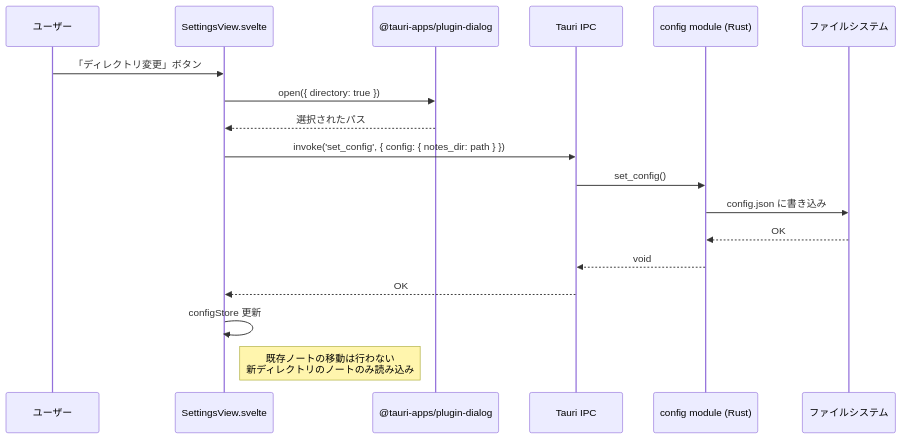
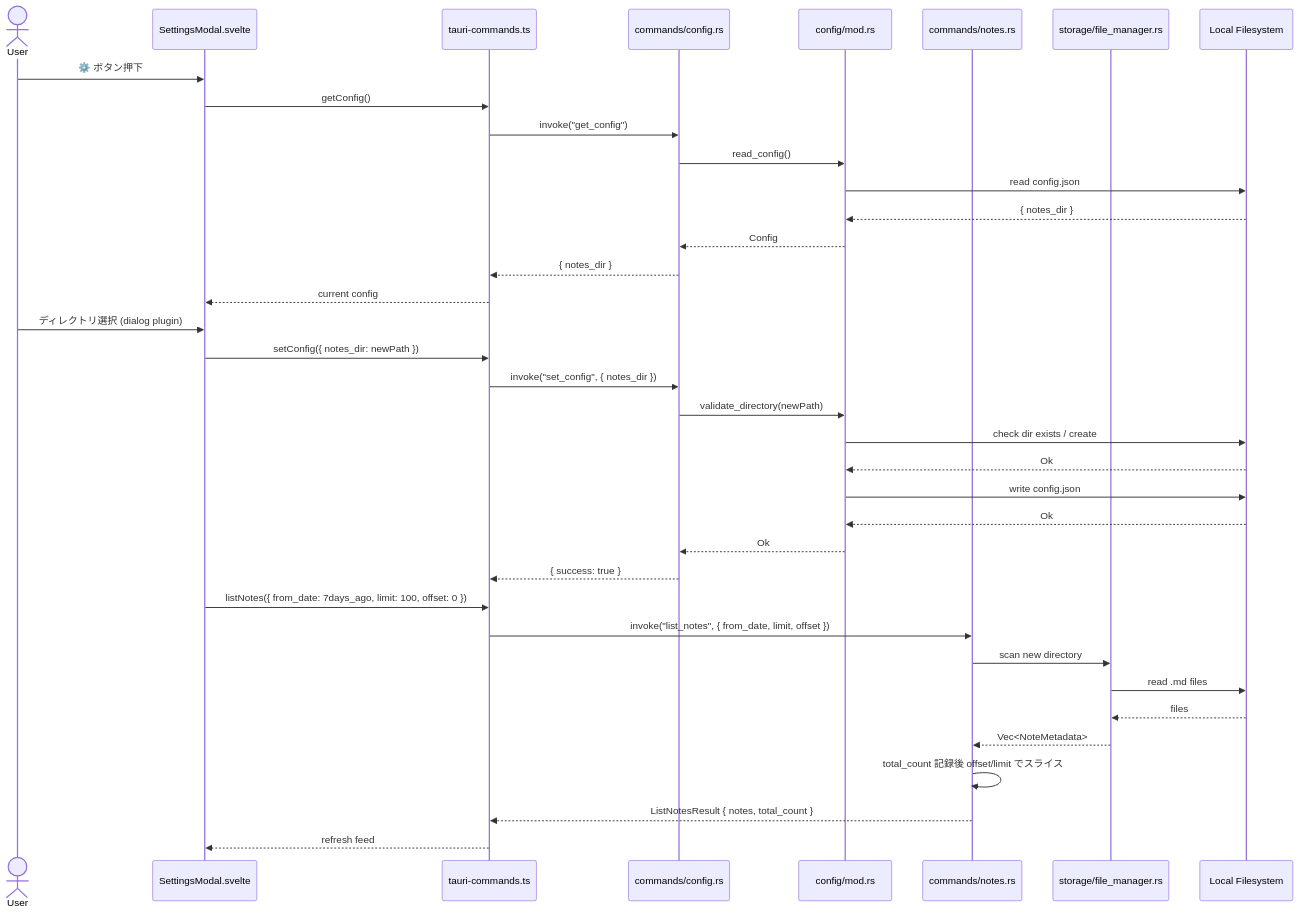
The fourth of 4 diagrams in docs/detailed_design/component_architecture.md (dev-komenzar/prompt-notes), drawn with Mermaid before and after one commit. The commit also changed other lines of this file and 12 other files, not shown here.

````diff
--- a/docs/detailed_design/component_architecture.md
+++ b/docs/detailed_design/component_architecture.md
@@ -174,21 +252,42 @@
 ```mermaid
 sequenceDiagram
-    participant User as ユーザー
-    participant Settings as SettingsView.svelte
-    participant Dialog as @tauri-apps/plugin-dialog
-    participant IPC as Tauri IPC
-    participant Config as config module (Rust)
-    participant FS as ファイルシステム
+    actor User
+    participant SM as SettingsModal.svelte
+    participant TC as tauri-commands.ts
+    participant CmdConfig as commands/config.rs
+    participant Conf as config/mod.rs
+    participant CmdNotes as commands/notes.rs
+    participant FileMgr as storage/file_manager.rs
+    participant FS as Local Filesystem
 
-    User->>Settings: 「ディレクトリ変更」ボタン
-    Settings->>Dialog: open({ directory: true })
-    Dialog-->>Settings: 選択されたパス
-    Settings->>IPC: invoke('set_config', { config: { notes_dir: path } })
-    IPC->>Config: set_config()
-    Config->>FS: config.json に書き込み
-    FS-->>Config: OK
-    Config-->>IPC: void
-    IPC-->>Settings: OK
-    Settings->>Settings: configStore 更新
-    Note right of Settings: 既存ノートの移動は行わない<br/>新ディレクトリのノートのみ読み込み
+    User->>SM: ⚙️ ボタン押下
+    SM->>TC: getConfig()
+    TC->>CmdConfig: invoke("get_config")
+    CmdConfig->>Conf: read_config()
+    Conf->>FS: read config.json
+    FS-->>Conf: { notes_dir }
+    Conf-->>CmdConfig: Config
+    CmdConfig-->>TC: { notes_dir }
+    TC-->>SM: current config
+
+    User->>SM: ディレクトリ選択 (dialog plugin)
+    SM->>TC: setConfig({ notes_dir: newPath })
+    TC->>CmdConfig: invoke("set_config", { notes_dir })
+    CmdConfig->>Conf: validate_directory(newPath)
+    Conf->>FS: check dir exists / create
+    FS-->>Conf: Ok
+    Conf->>FS: write config.json
+    FS-->>Conf: Ok
+    Conf-->>CmdConfig: Ok
+    CmdConfig-->>TC: { success: true }
+
+    SM->>TC: listNotes({ from_date: 7days_ago, limit: 100, offset: 0 })
+    TC->>CmdNotes: invoke("list_notes", { from_date, limit, offset })
+    CmdNotes->>FileMgr: scan new directory
+    FileMgr->>FS: read .md files
+    FS-->>FileMgr: files
+    FileMgr-->>CmdNotes: Vec<NoteMetadata>
+    CmdNotes->>CmdNotes: total_count 記録後 offset/limit でスライス
+    CmdNotes-->>TC: ListNotesResult { notes, total_count }
+    TC-->>SM: refresh feed
 ```
````
